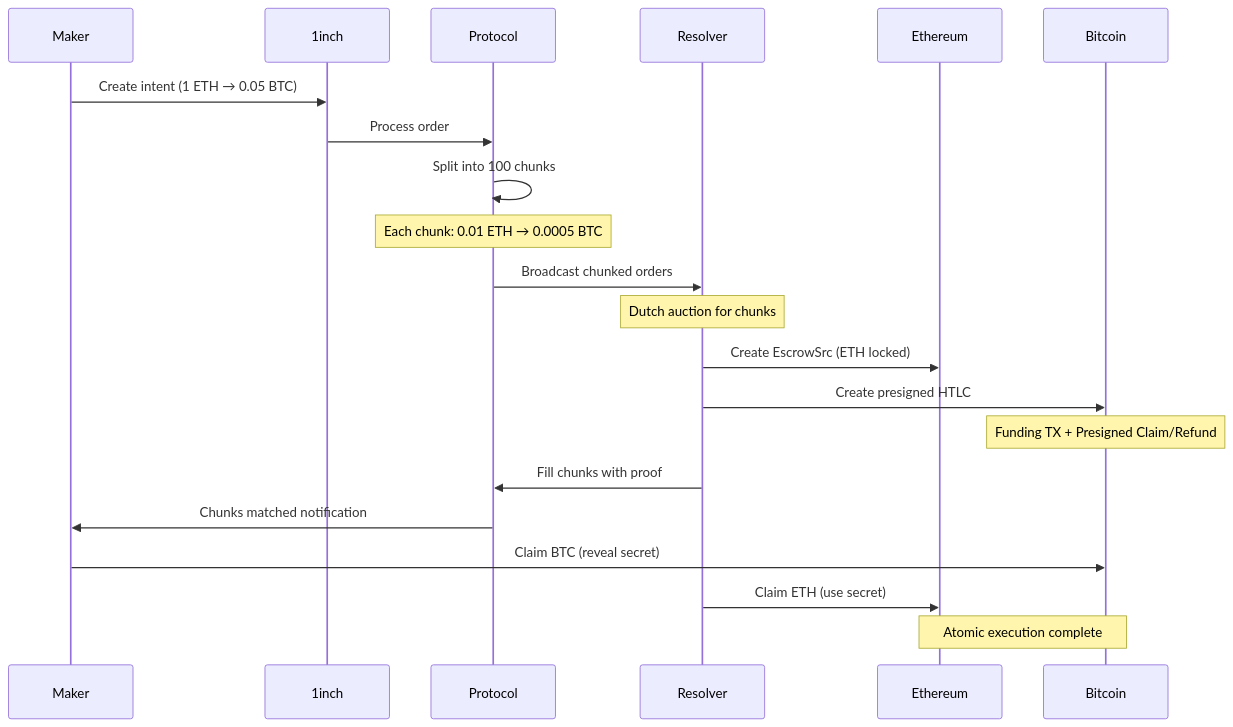
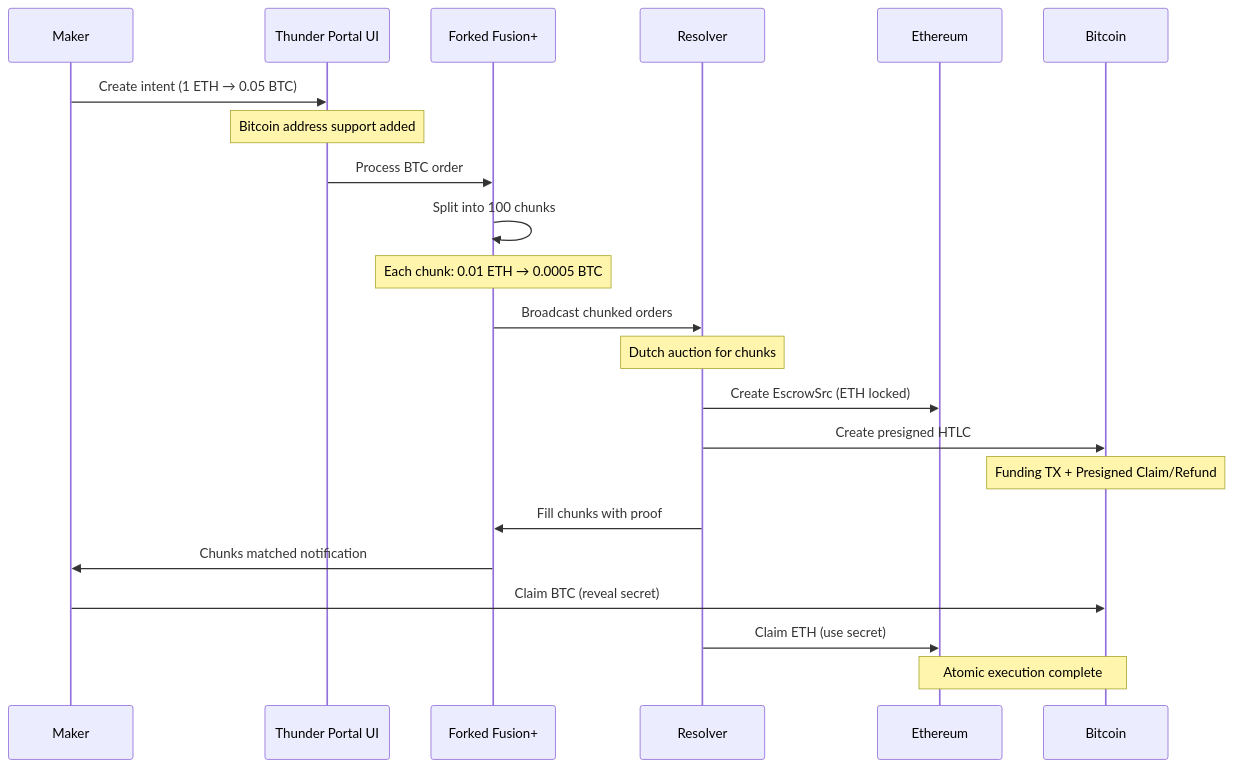
Before and after one commit to NuttakitDW/thunder-portal: the third of 7 diagrams in README.md, drawn with Mermaid. The commit also changed other lines of this file, not shown here.

Commit message:
docs: Update README to reflect Bitcoin support in Thunder Portal and enhance architecture details

````diff
--- a/README.md
+++ b/README.md
@@ -143,28 +152,29 @@
 ```mermaid
 sequenceDiagram
     participant Maker
-    participant 1inch
-    participant Protocol
+    participant ThunderUI as Thunder Portal UI
+    participant ForkedProtocol as Forked Fusion+
     participant Resolver
     participant Ethereum
     participant Bitcoin
 
-    Maker->>1inch: Create intent (1 ETH → 0.05 BTC)
-    1inch->>Protocol: Process order
-    Protocol->>Protocol: Split into 100 chunks
-    Note over Protocol: Each chunk: 0.01 ETH → 0.0005 BTC
+    Maker->>ThunderUI: Create intent (1 ETH → 0.05 BTC)
+    Note over ThunderUI: Bitcoin address support added
+    ThunderUI->>ForkedProtocol: Process BTC order
+    ForkedProtocol->>ForkedProtocol: Split into 100 chunks
+    Note over ForkedProtocol: Each chunk: 0.01 ETH → 0.0005 BTC
     
-    Protocol->>Resolver: Broadcast chunked orders
+    ForkedProtocol->>Resolver: Broadcast chunked orders
     Note over Resolver: Dutch auction for chunks
     
     Resolver->>Ethereum: Create EscrowSrc (ETH locked)
     Resolver->>Bitcoin: Create presigned HTLC
     Note over Bitcoin: Funding TX + Presigned Claim/Refund
     
-    Resolver->>Protocol: Fill chunks with proof
-    Protocol->>Maker: Chunks matched notification
+    Resolver->>ForkedProtocol: Fill chunks with proof
+    ForkedProtocol->>Maker: Chunks matched notification
     
     Maker->>Bitcoin: Claim BTC (reveal secret)
     Resolver->>Ethereum: Claim ETH (use secret)
     Note over Ethereum,Bitcoin: Atomic execution complete
 ```
````
